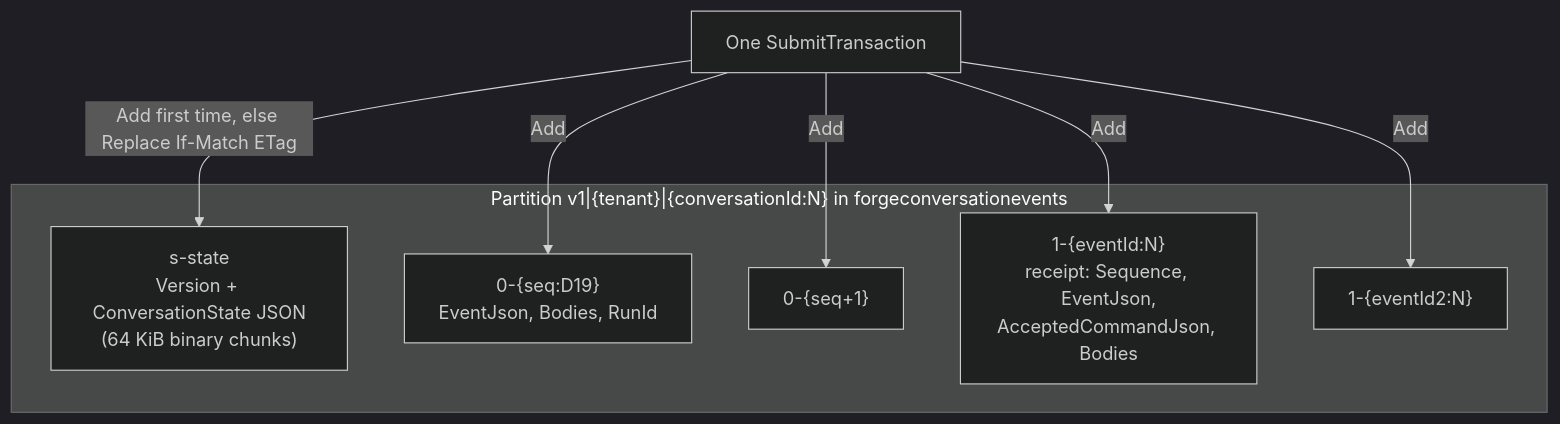
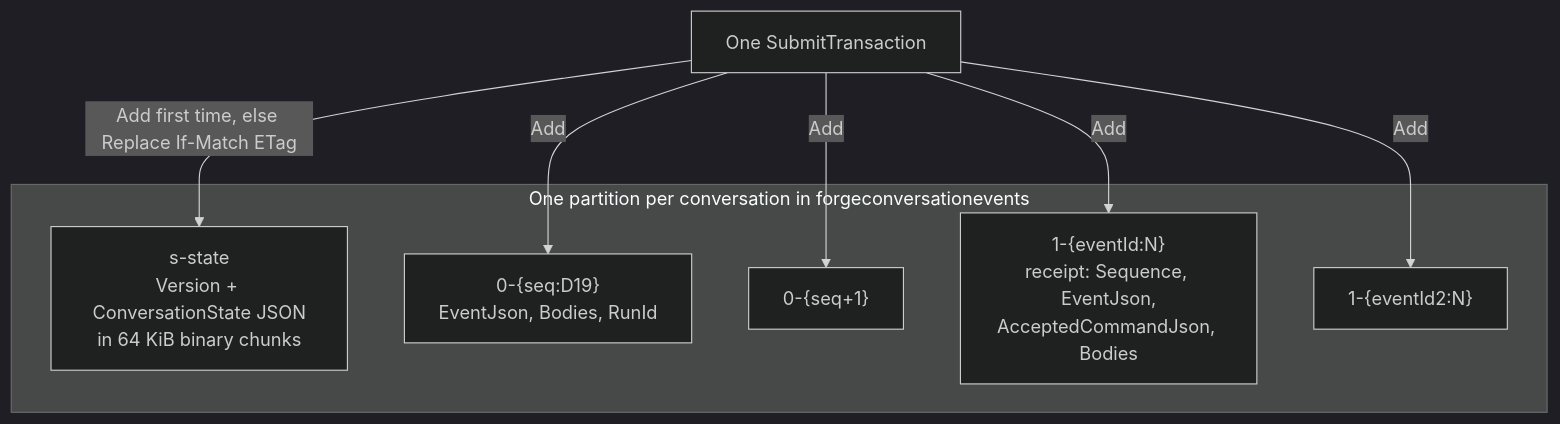
The third of 23 diagrams in docs/design/how-conversations-work.md (katasec/mission-control-language), drawn with Mermaid (dark theme) before and after one commit. The commit also changed other lines of this file and 2 other files, not shown here.

````diff
--- a/docs/design/how-conversations-work.md
+++ b/docs/design/how-conversations-work.md
@@ -91,15 +109,15 @@
 ```mermaid
 flowchart TB
-  subgraph P["Partition v1|{tenant}|{conversationId:N} in forgeconversationevents"]
-    S["s-state<br/>Version + ConversationState JSON<br/>(64 KiB binary chunks)"]
+  subgraph P["One partition per conversation in forgeconversationevents"]
+    S["s-state<br/>Version + ConversationState JSON<br/>in 64 KiB binary chunks"]
     E1["0-{seq:D19}<br/>EventJson, Bodies, RunId"]
     E2["0-{seq+1}"]
     R1["1-{eventId:N}<br/>receipt: Sequence, EventJson,<br/>AcceptedCommandJson, Bodies"]
     R2["1-{eventId2:N}"]
   end
   T["One SubmitTransaction"] -->|"Add first time, else Replace If-Match ETag"| S
   T -->|"Add"| E1
   T -->|"Add"| E2
   T -->|"Add"| R1
   T -->|"Add"| R2
 ```
````
